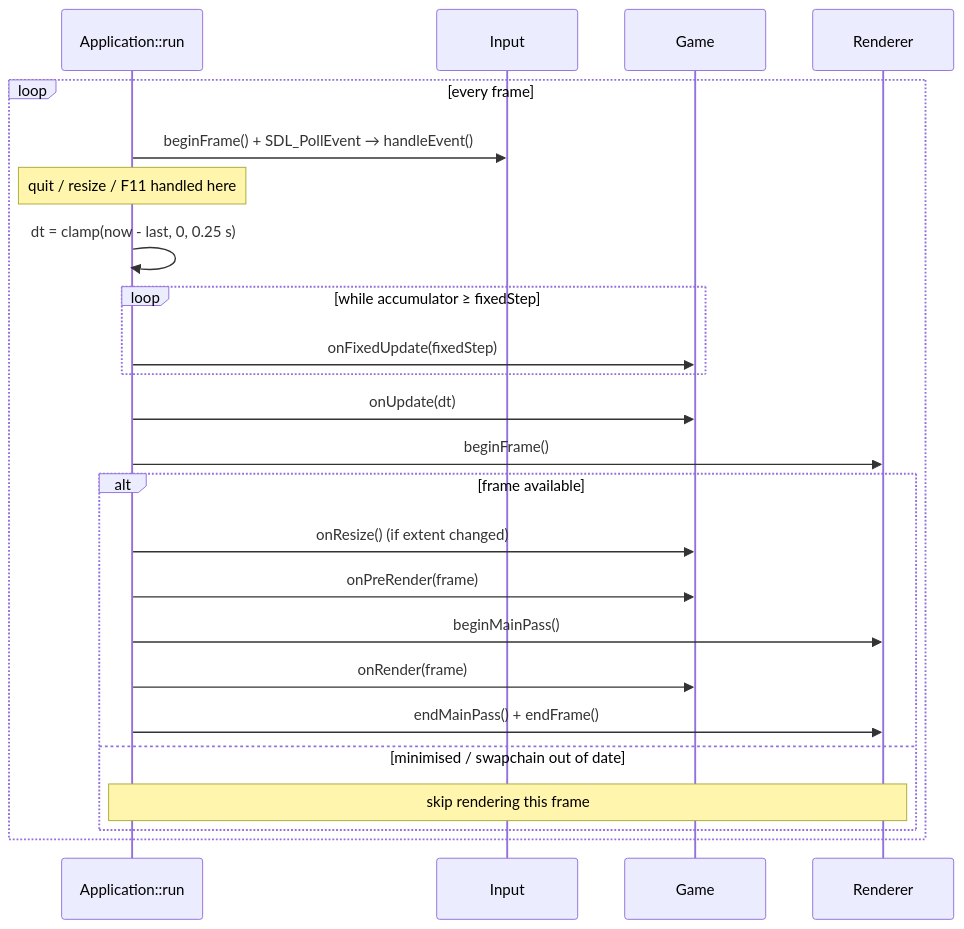
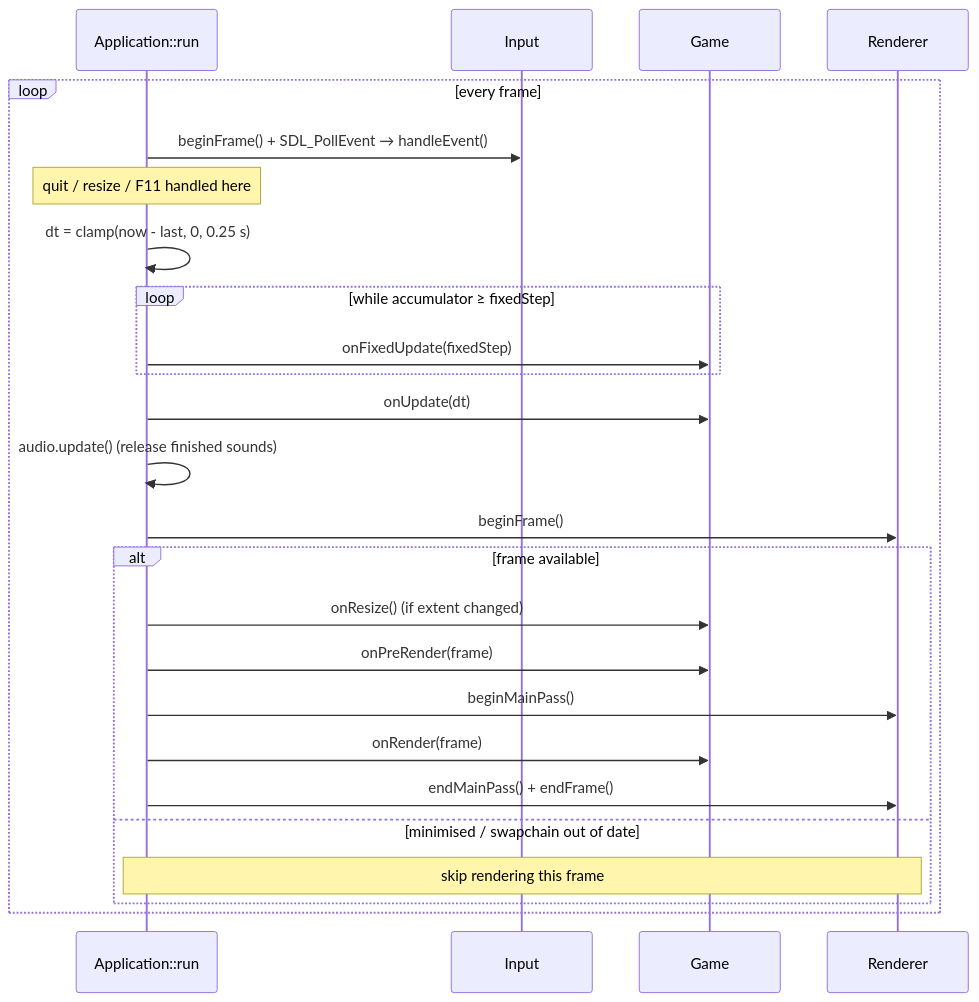
One commit to Chuck5ta/2DBaseFramework changed the fourth of 8 diagrams in docs/ARCHITECTURE.md. Above: the diagram before and after it, drawn with Mermaid. The commit also changed other lines of this file and 14 other files, not shown here.

````diff
--- a/docs/ARCHITECTURE.md
+++ b/docs/ARCHITECTURE.md
@@ -259,27 +314,28 @@
 ```mermaid
 sequenceDiagram
     participant App as Application::run
     participant In as Input
     participant G as Game
     participant R as Renderer
 
     loop every frame
         App->>In: beginFrame() + SDL_PollEvent → handleEvent()
         Note over App: quit / resize / F11 handled here
         App->>App: dt = clamp(now - last, 0, 0.25 s)
         loop while accumulator ≥ fixedStep
             App->>G: onFixedUpdate(fixedStep)
         end
         App->>G: onUpdate(dt)
+        App->>App: audio.update() (release finished sounds)
         App->>R: beginFrame()
         alt frame available
             App->>G: onResize() (if extent changed)
             App->>G: onPreRender(frame)
             App->>R: beginMainPass()
             App->>G: onRender(frame)
             App->>R: endMainPass() + endFrame()
         else minimised / swapchain out of date
             Note over App,R: skip rendering this frame
         end
     end
 ```
````
